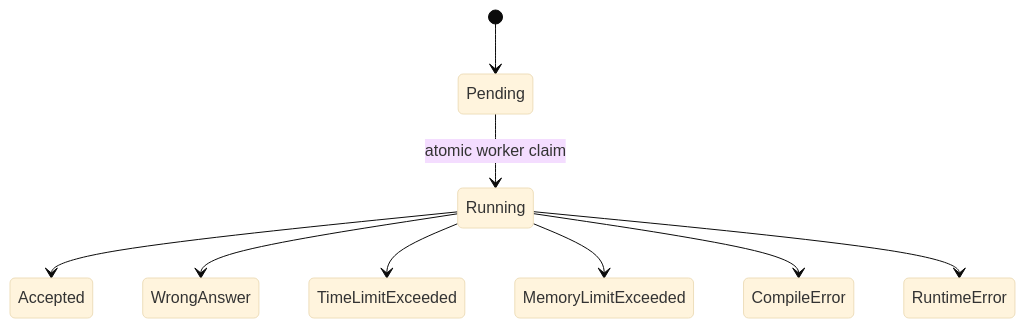
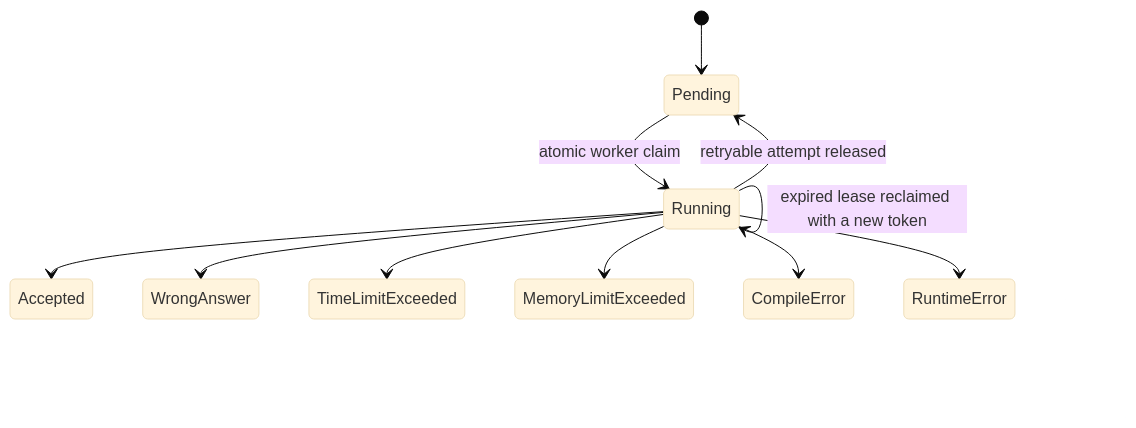
One commit to phom77/AlgoJudge changed the second of 2 diagrams in docs/domain-model.md. Above: the diagram before and after it, drawn with Mermaid (base theme). The commit also changed other lines of this file and 29 other files, not shown here.

````diff
--- a/docs/domain-model.md
+++ b/docs/domain-model.md
@@ -106,11 +112,13 @@
 ```mermaid
 stateDiagram-v2
     [*] --> Pending
     Pending --> Running: atomic worker claim
     Running --> Accepted
     Running --> WrongAnswer
     Running --> TimeLimitExceeded
     Running --> MemoryLimitExceeded
     Running --> CompileError
     Running --> RuntimeError
+    Running --> Pending: retryable attempt released
+    Running --> Running: expired lease reclaimed with a new token
 ```
````
